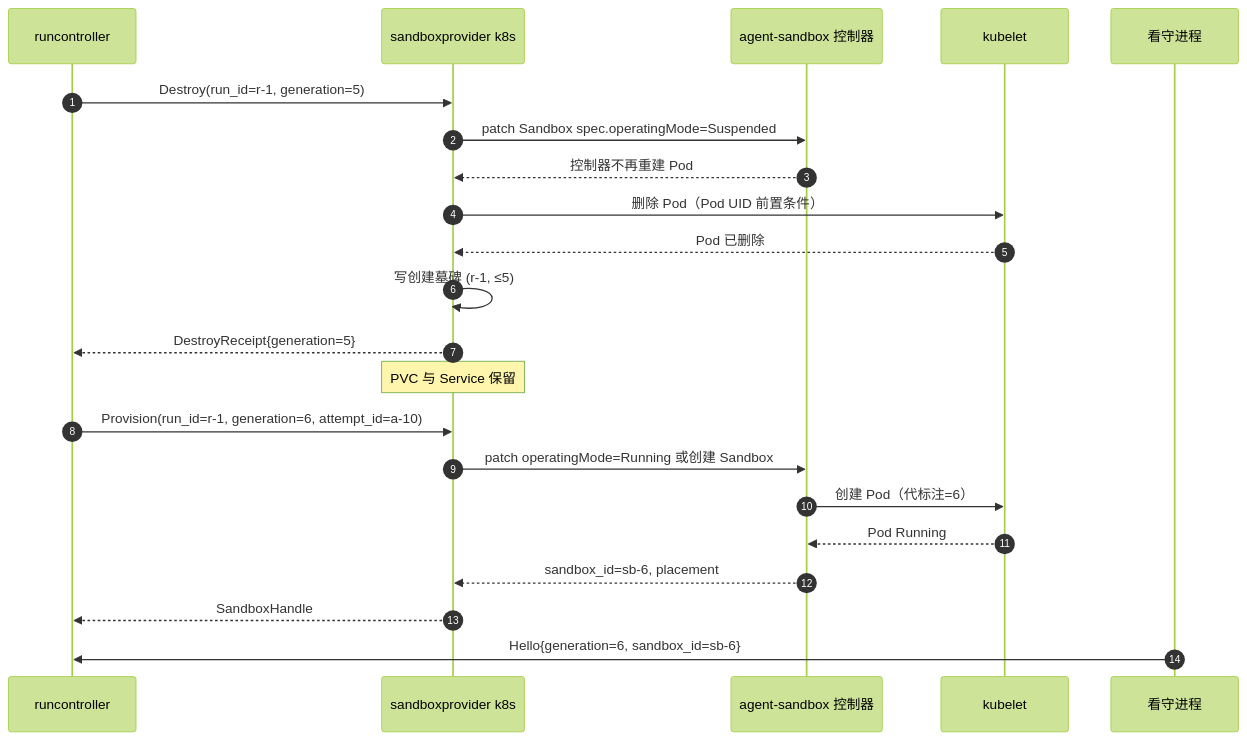
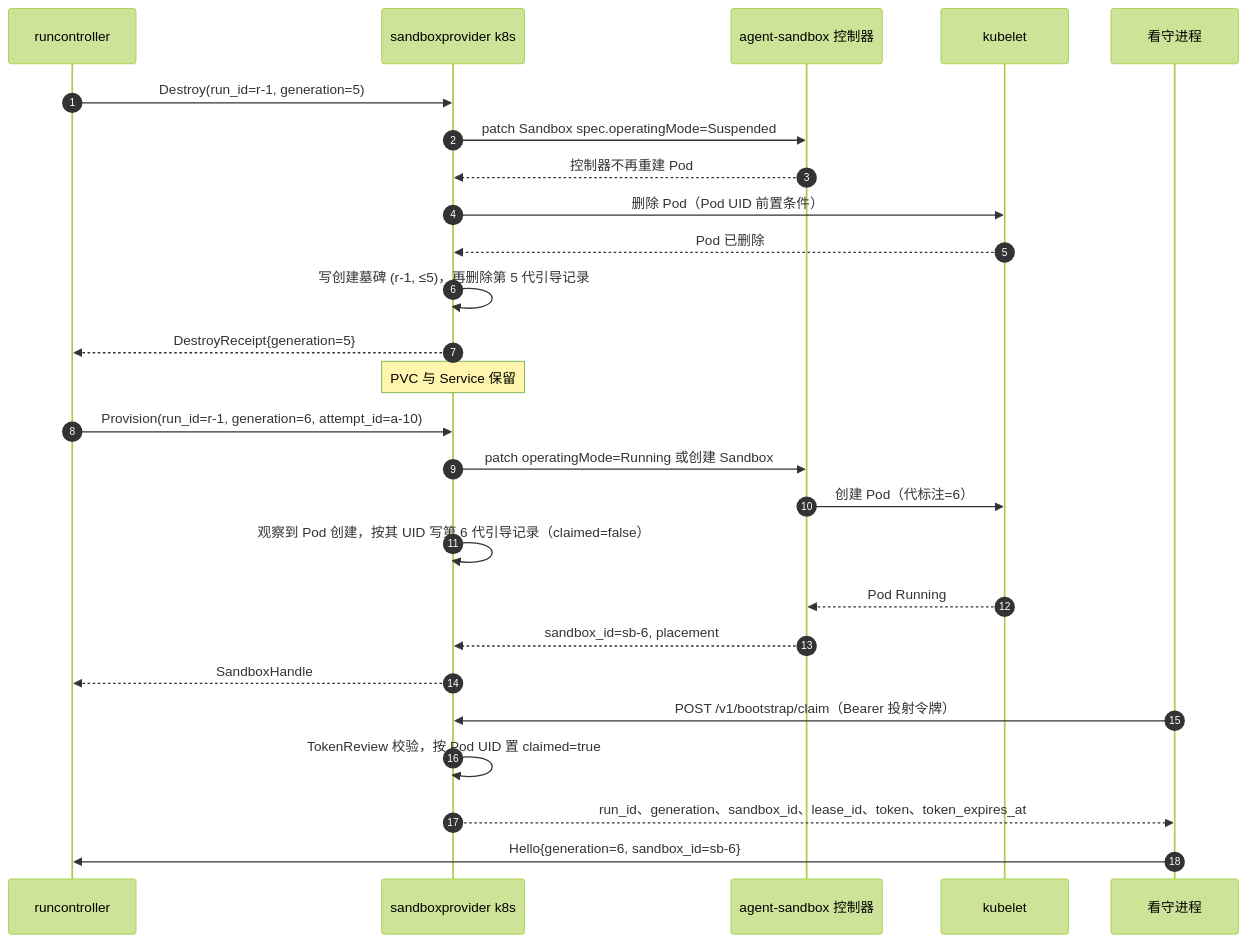
The third of 4 diagrams in docs/design/modules/sandboxprovider/design-sandboxprovider-k8s.md (wangzw/castworks), drawn with Mermaid (forest theme) before and after one commit. The commit also changed other lines of this file and 37 other files, not shown here.

````diff
--- a/docs/design/modules/sandboxprovider/design-sandboxprovider-k8s.md
+++ b/docs/design/modules/sandboxprovider/design-sandboxprovider-k8s.md
@@ -191,26 +212,30 @@
 ```mermaid
 sequenceDiagram
     autonumber
     participant R as runcontroller
     participant P as sandboxprovider k8s
     participant A as agent-sandbox 控制器
     participant K as kubelet
     participant W as 看守进程
 
     R->>P: Destroy(run_id=r-1, generation=5)
     P->>A: patch Sandbox spec.operatingMode=Suspended
     A-->>P: 控制器不再重建 Pod
     P->>K: 删除 Pod（Pod UID 前置条件）
     K-->>P: Pod 已删除
-    P->>P: 写创建墓碑 (r-1, ≤5)
+    P->>P: 写创建墓碑 (r-1, ≤5)，再删除第 5 代引导记录
     P-->>R: DestroyReceipt{generation=5}
     Note over P: PVC 与 Service 保留
 
     R->>P: Provision(run_id=r-1, generation=6, attempt_id=a-10)
     P->>A: patch operatingMode=Running 或创建 Sandbox
     A->>K: 创建 Pod（代标注=6）
+    P->>P: 观察到 Pod 创建，按其 UID 写第 6 代引导记录（claimed=false）
     K-->>A: Pod Running
     A-->>P: sandbox_id=sb-6, placement
     P-->>R: SandboxHandle
+    W->>P: POST /v1/bootstrap/claim（Bearer 投射令牌）
+    P->>P: TokenReview 校验，按 Pod UID 置 claimed=true
+    P-->>W: run_id、generation、sandbox_id、lease_id、token、token_expires_at
     W->>R: Hello{generation=6, sandbox_id=sb-6}
 ```
````
